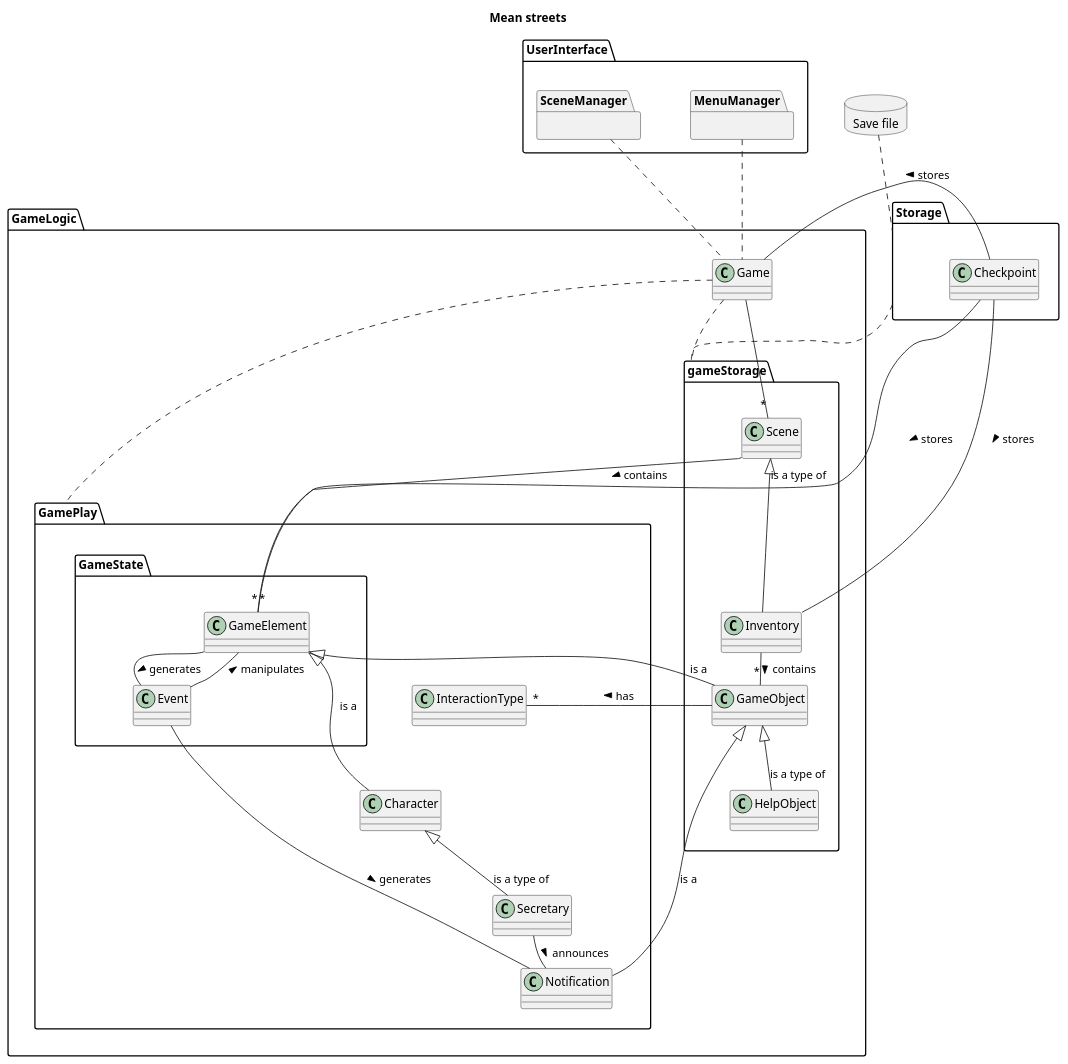
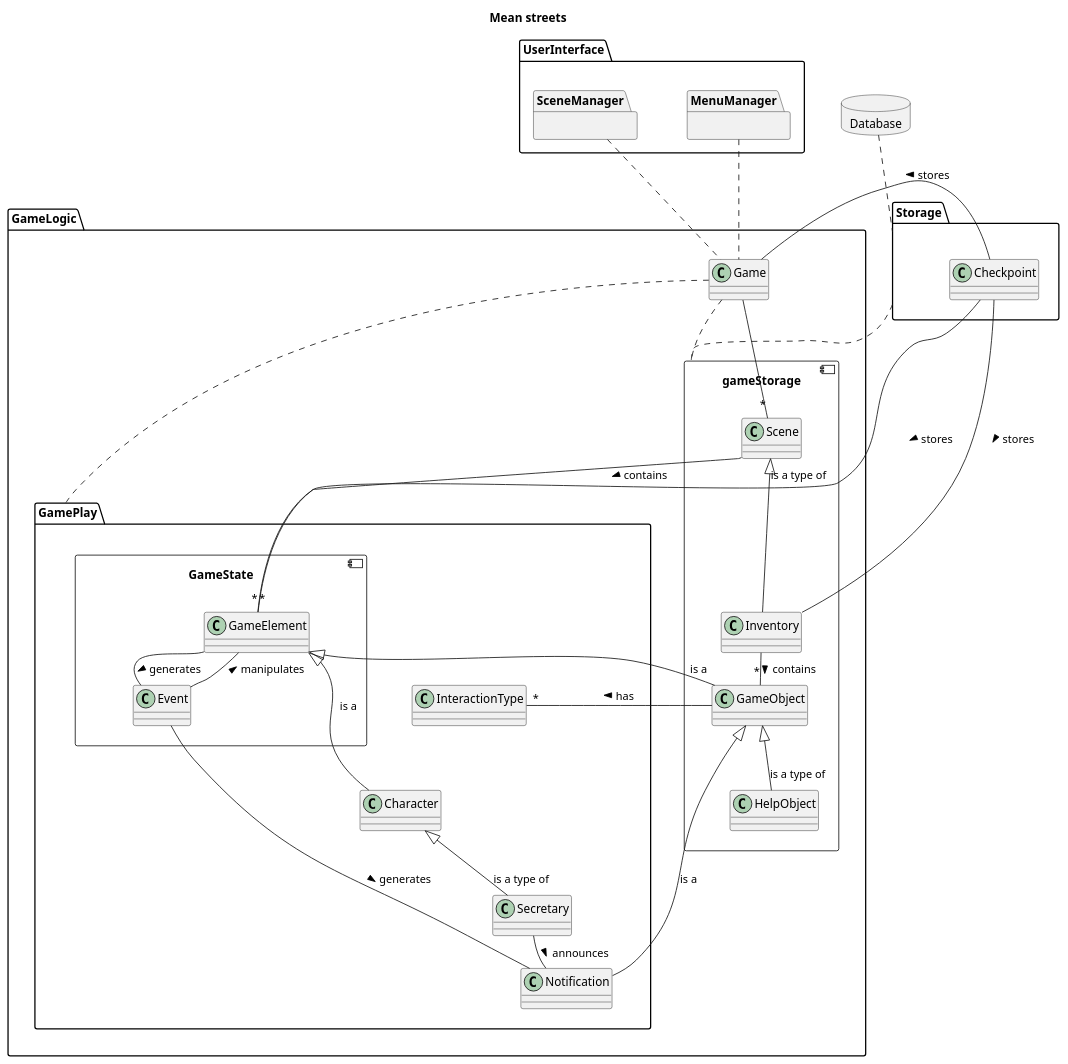
Before and after one commit to NoahHakansson/SE-PA1460: the diagram in architectDiagram.pu, drawn with PlantUML.

Commit message:
Renamed save file to database to be more generic

```diff
--- a/architectDiagram.pu
+++ b/architectDiagram.pu
@@ -1,74 +1,73 @@
 @startuml
 
 skinparam nodesep 60
 skinparam ranksep 20
 
 title Mean streets
 top to bottom direction
-database "Save file" {
+database Database {
 }
 package UserInterface {
     package MenuManager {}
     package SceneManager {}
 }
 
 package GameLogic {
     class Game
-    package gameStorage {
+    component gameStorage {
         class Inventory
         class GameObject
         class HelpObject
         class Scene
     }
 
 
     package GamePlay {
         class InteractionType
         class Secretary
         class Character
         class Notification
-        package GameState {
+        component GameState {
             class GameElement
             class Event
         }
     }
 }
 
 package Storage {
     class Checkpoint
 }
 
-"Save file".. Storage
+Database .. Storage
 MenuManager .. Game
 SceneManager .. Game
 Storage . gameStorage
 
 
 InteractionType -[hidden]up- GameState
 Character -[hidden]up- GameState
 Secretary -[hidden]up- GameState
 Notification -[hidden]up- GameState
 InteractionType -[hidden]down- Character
-'GamePlay -[hidden]l- gameStorage
 
 Game . gameStorage
 Game . GamePlay
 
 Game -- "*" Scene
 Checkpoint -- "*" GameElement : stores >
 Checkpoint -- Inventory : stores >
 Checkpoint - Game : stores >
 Character <|-- Secretary : is a type of
 GameElement <|-- GameObject : is a
 GameElement <|-- Character : is a
 Scene - "*" GameElement : contains >
 Scene <|-- Inventory : is a type of
 Inventory -- "*" GameObject : contains >
 GameElement -- Event : generates >
 Event -- Notification : generates >
 Event -- GameElement : manipulates >
 Secretary -- Notification : announces >
 GameObject <|-- HelpObject : is a type of
 GameObject <|-- Notification : is a
 GameObject -- "*" InteractionType : has >
 @enduml
```
